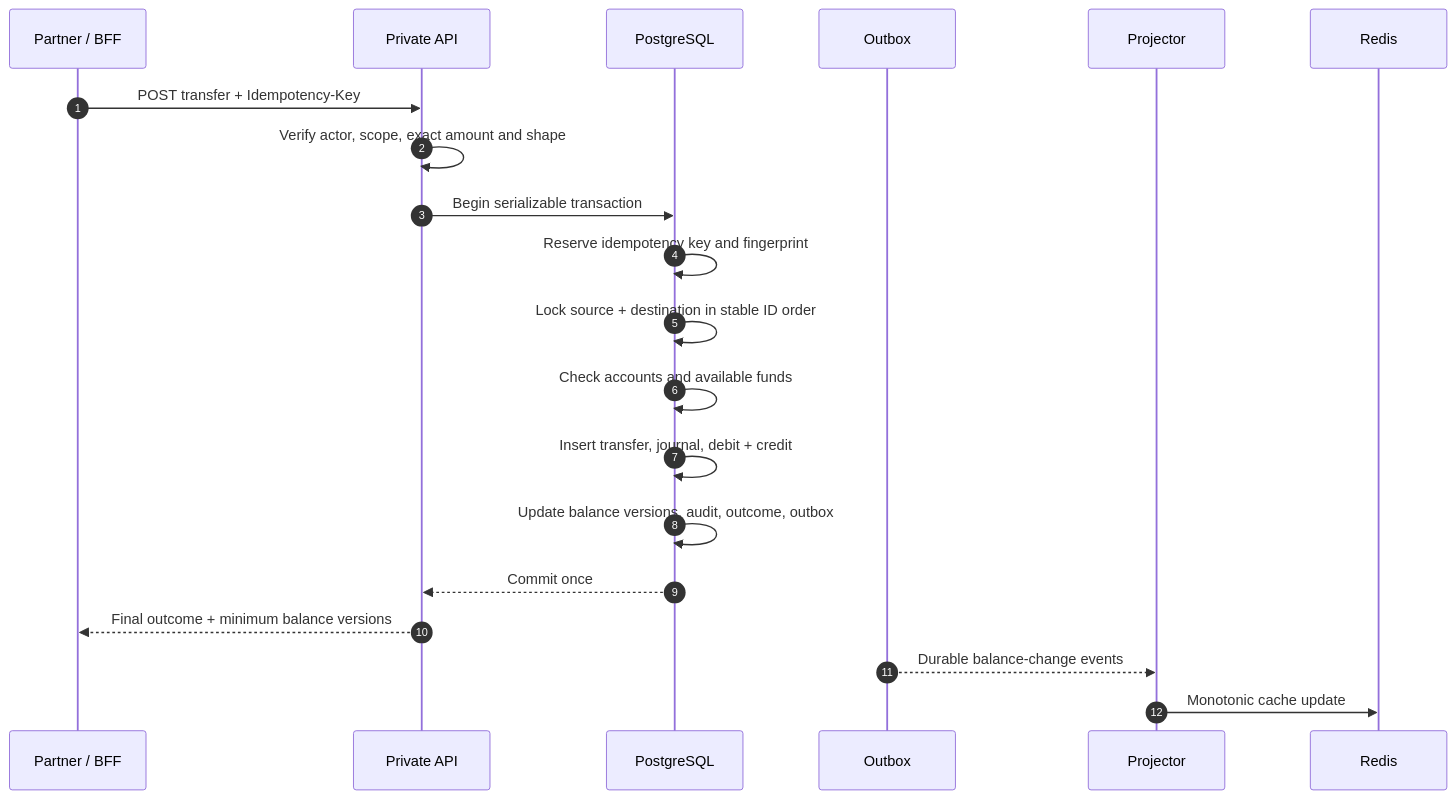
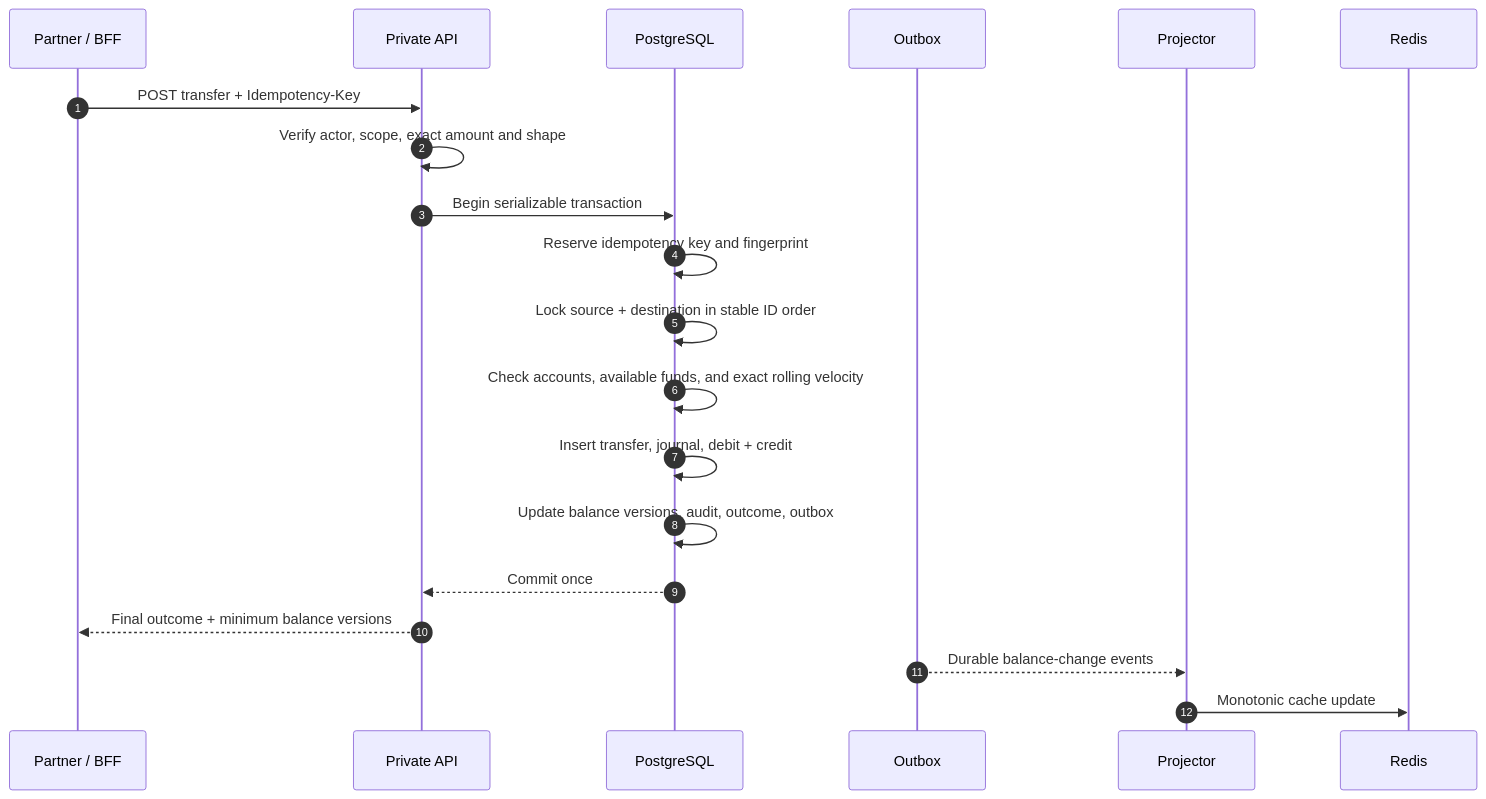
Before and after one commit to painjanevivek/LedgerSync: the fourth of 14 diagrams in README.md, drawn with Mermaid. The commit also changed other lines of this file and 29 other files, not shown here.

````diff
--- a/README.md
+++ b/README.md
@@ -126,22 +126,22 @@
 ```mermaid
 sequenceDiagram
   autonumber
   participant P as Partner / BFF
   participant A as Private API
   participant DB as PostgreSQL
   participant O as Outbox
   participant W as Projector
   participant R as Redis
   P->>A: POST transfer + Idempotency-Key
   A->>A: Verify actor, scope, exact amount and shape
   A->>DB: Begin serializable transaction
   DB->>DB: Reserve idempotency key and fingerprint
   DB->>DB: Lock source + destination in stable ID order
-  DB->>DB: Check accounts and available funds
+  DB->>DB: Check accounts, available funds, and exact rolling velocity
   DB->>DB: Insert transfer, journal, debit + credit
   DB->>DB: Update balance versions, audit, outcome, outbox
   DB-->>A: Commit once
   A-->>P: Final outcome + minimum balance versions
   O-->>W: Durable balance-change events
   W->>R: Monotonic cache update
 ```
````
